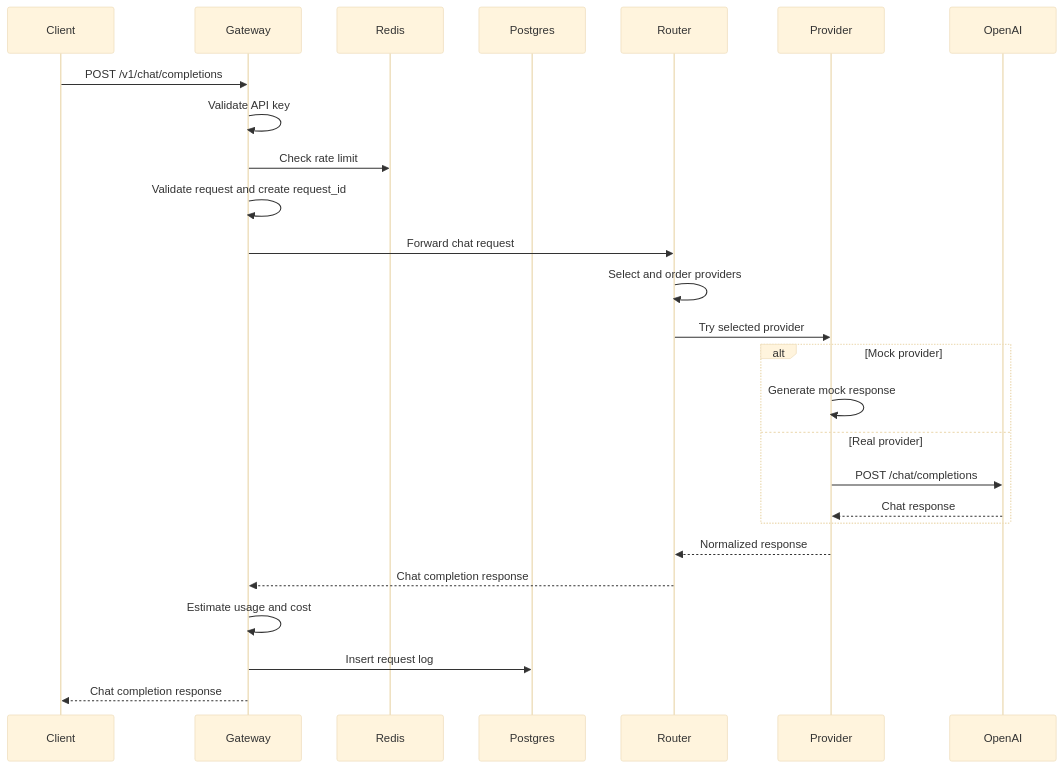
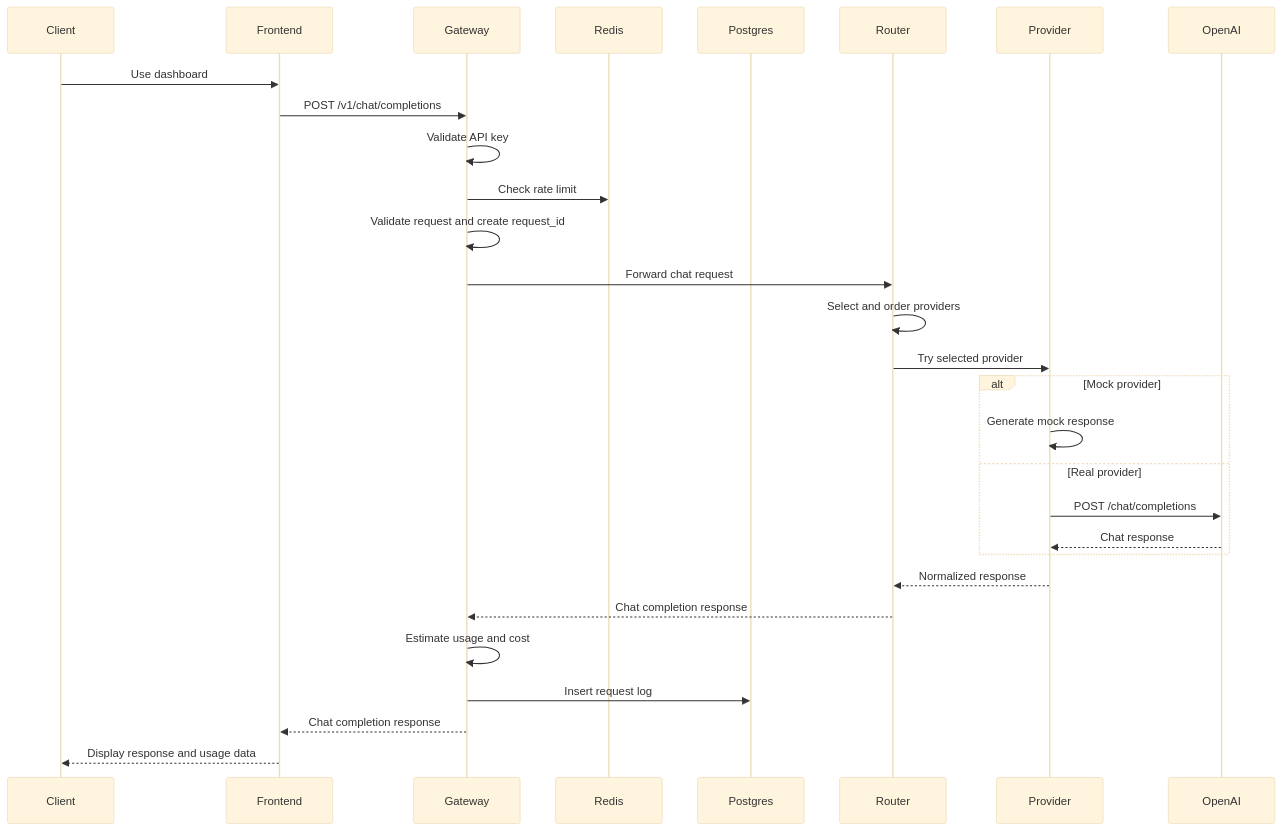
One commit to ErenKarakus1/Distributed-LLM-Gateway changed the second of 3 diagrams in README.md. Above: the diagram before and after it, drawn with Mermaid (base theme). The commit also changed other lines of this file and 15 other files, not shown here.

Commit message:
feat(frontend): add React dashboard

````diff
--- a/README.md
+++ b/README.md
@@ -155,31 +183,34 @@
 ```mermaid
 sequenceDiagram
     participant Client
+    participant Frontend
     participant Gateway
     participant Redis
     participant Postgres
     participant Router
     participant Provider
     participant OpenAI
 
-    Client->>Gateway: POST /v1/chat/completions
+    Client->>Frontend: Use dashboard
+    Frontend->>Gateway: POST /v1/chat/completions
     Gateway->>Gateway: Validate API key
     Gateway->>Redis: Check rate limit
     Gateway->>Gateway: Validate request and create request_id
     Gateway->>Router: Forward chat request
     Router->>Router: Select and order providers
     Router->>Provider: Try selected provider
 
     alt Mock provider
         Provider->>Provider: Generate mock response
     else Real provider
         Provider->>OpenAI: POST /chat/completions
         OpenAI-->>Provider: Chat response
     end
 
     Provider-->>Router: Normalized response
     Router-->>Gateway: Chat completion response
     Gateway->>Gateway: Estimate usage and cost
     Gateway->>Postgres: Insert request log
-    Gateway-->>Client: Chat completion response
+    Gateway-->>Frontend: Chat completion response
+    Frontend-->>Client: Display response and usage data
 ```
````
